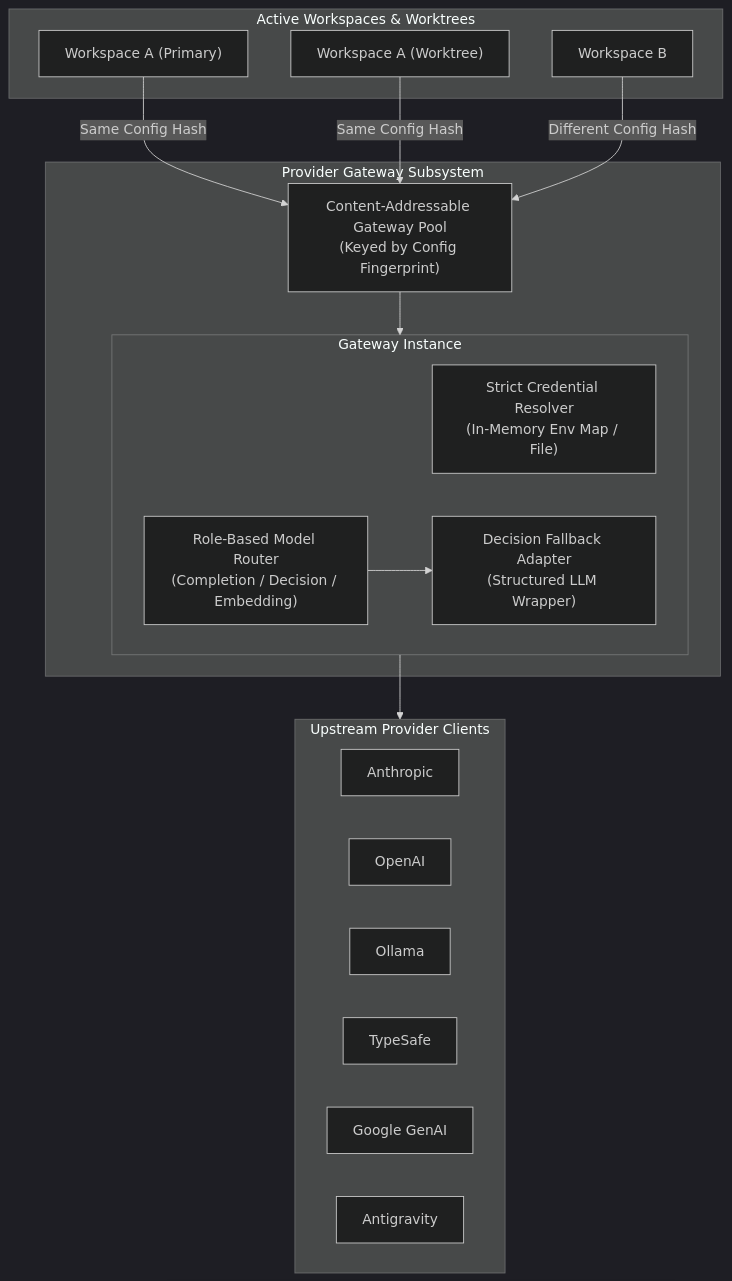
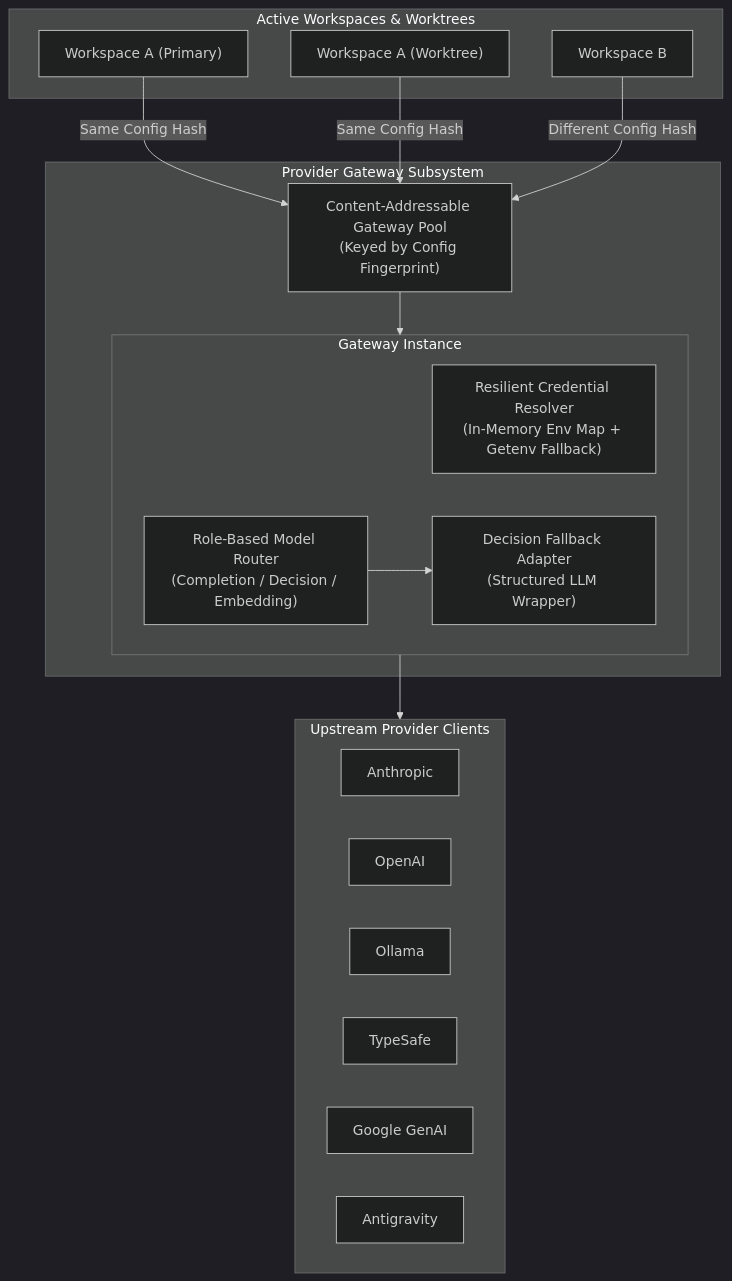
One commit to masterkeysrd/tasksmith changed the diagram in docs/gateway.md. Above: the diagram before and after it, drawn with Mermaid (dark theme). The commit also changed other lines of this file and 11 other files, not shown here.

First line of the commit message:
docs: update gateway architecture and add providers overview

````diff
--- a/docs/gateway.md
+++ b/docs/gateway.md
@@ -9,34 +9,34 @@
 ```mermaid
 flowchart TD
     subgraph Workspaces ["Active Workspaces & Worktrees"]
         WS1["Workspace A (Primary)"]
         WS2["Workspace A (Worktree)"]
         WS3["Workspace B"]
     end
 
     subgraph GatewaySubsystem ["Provider Gateway Subsystem"]
         Pool["Content-Addressable Gateway Pool\n(Keyed by Config Fingerprint)"]
         
         subgraph GatewayInstance ["Gateway Instance"]
-            Auth["Strict Credential Resolver\n(In-Memory Env Map / File)"]
+            Auth["Resilient Credential Resolver\n(In-Memory Env Map + Getenv Fallback)"]
             Router["Role-Based Model Router\n(Completion / Decision / Embedding)"]
             Adapter["Decision Fallback Adapter\n(Structured LLM Wrapper)"]
         end
 
         Pool --> GatewayInstance
         Router --> Adapter
     end
 
     subgraph Providers ["Upstream Provider Clients"]
         Anthropic["Anthropic"]
         OpenAI["OpenAI"]
         Ollama["Ollama"]
         TypeSafe["TypeSafe"]
         GenAI["Google GenAI"]
         Antigravity["Antigravity"]
     end
 
     WS1 & WS2 -->|Same Config Hash| Pool
     WS3 -->|Different Config Hash| Pool
     GatewayInstance --> Providers
 ```
````
